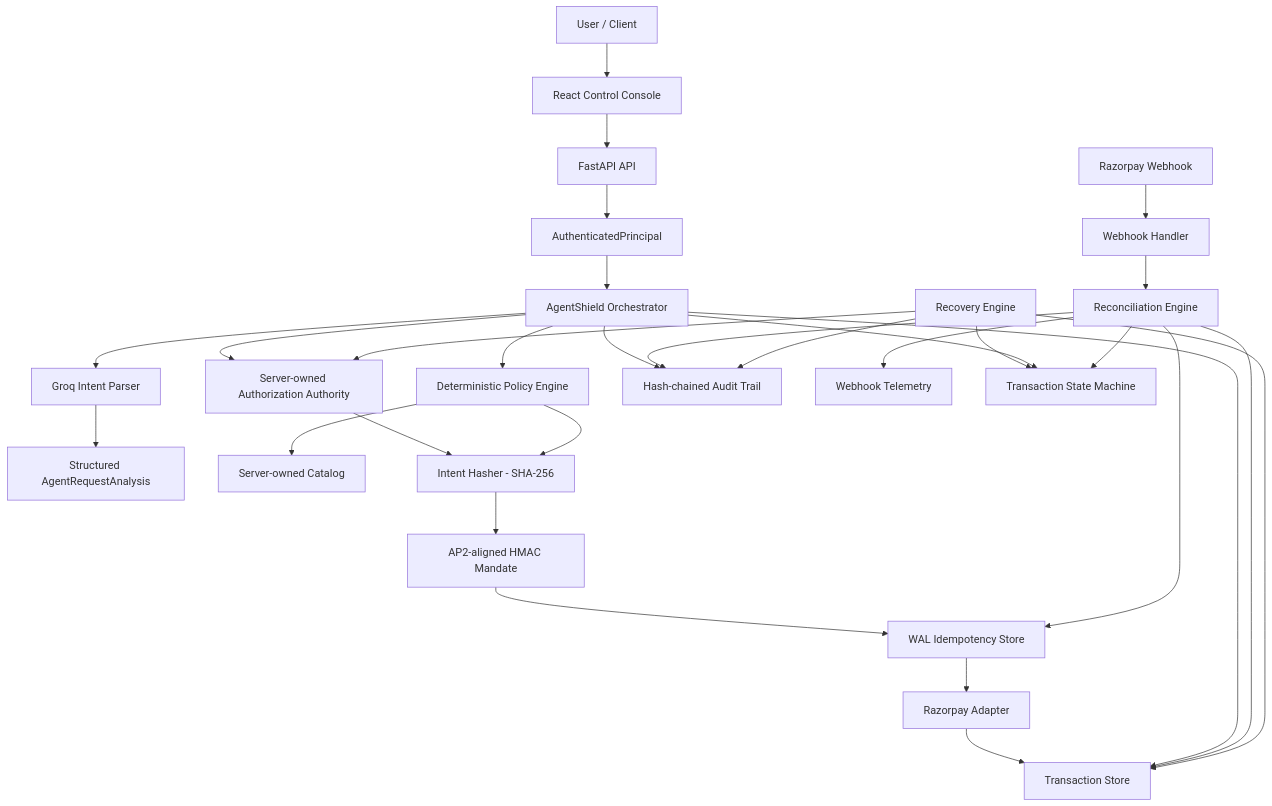
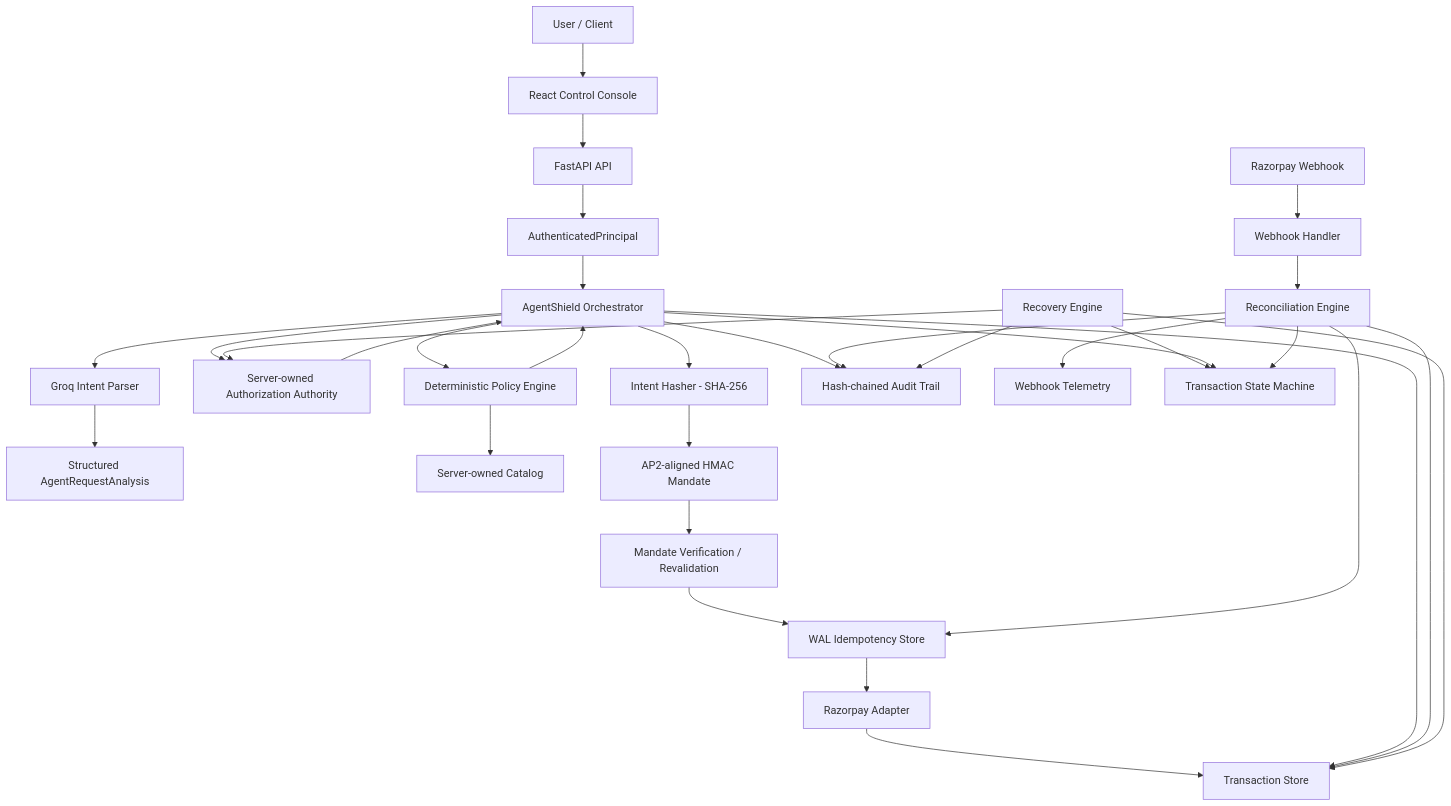
Before and after one commit to 31groot/agentshield: the first of 5 diagrams in README.md, drawn with Mermaid. The commit also changed other lines of this file, not shown here.

````diff
--- a/README.md
+++ b/README.md
@@ -42,41 +42,44 @@
 ```mermaid
 flowchart TD
     U[User / Client] --> UI[React Control Console]
     UI --> API[FastAPI API]
 
     API --> AUTHN[AuthenticatedPrincipal]
     AUTHN --> ORCH[AgentShield Orchestrator]
 
     ORCH --> LLM[Groq Intent Parser]
     LLM --> ANALYSIS[Structured AgentRequestAnalysis]
 
     ORCH --> AUTHZ[Server-owned Authorization Authority]
     ORCH --> POLICY[Deterministic Policy Engine]
     POLICY --> CAT[Server-owned Catalog]
 
-    AUTHZ --> HASH[Intent Hasher - SHA-256]
-    POLICY --> HASH
+    AUTHZ --> ORCH
+    POLICY --> ORCH
+
+    ORCH --> HASH[Intent Hasher - SHA-256]
     HASH --> MANDATE[AP2-aligned HMAC Mandate]
+    MANDATE --> VERIFY[Mandate Verification / Revalidation]
 
-    MANDATE --> IDEMP[WAL Idempotency Store]
+    VERIFY --> IDEMP[WAL Idempotency Store]
     IDEMP --> PAY[Razorpay Adapter]
 
     PAY --> TXN[Transaction Store]
     ORCH --> TXN
     ORCH --> AUDIT[Hash-chained Audit Trail]
 
     RZ[Razorpay Webhook] --> WH[Webhook Handler]
     WH --> RECON[Reconciliation Engine]
     RECON --> TXN
     RECON --> IDEMP
     RECON --> AUDIT
     RECON --> TEL[Webhook Telemetry]
 
     REC[Recovery Engine] --> AUTHZ
     REC --> TXN
     REC --> AUDIT
     REC --> SM[Transaction State Machine]
 
     ORCH --> SM
     RECON --> SM
 ```
````
